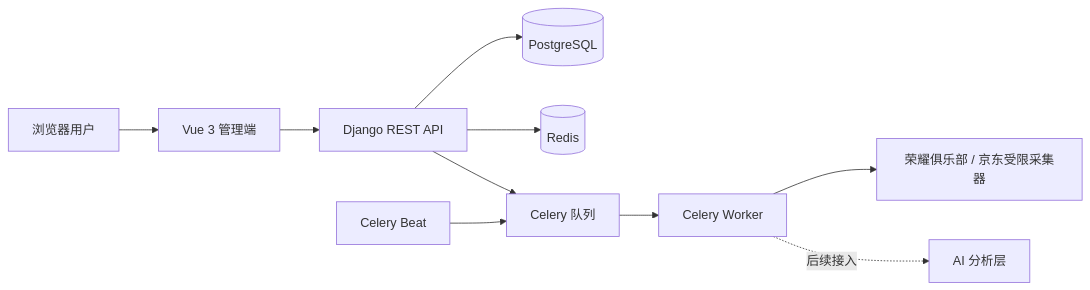
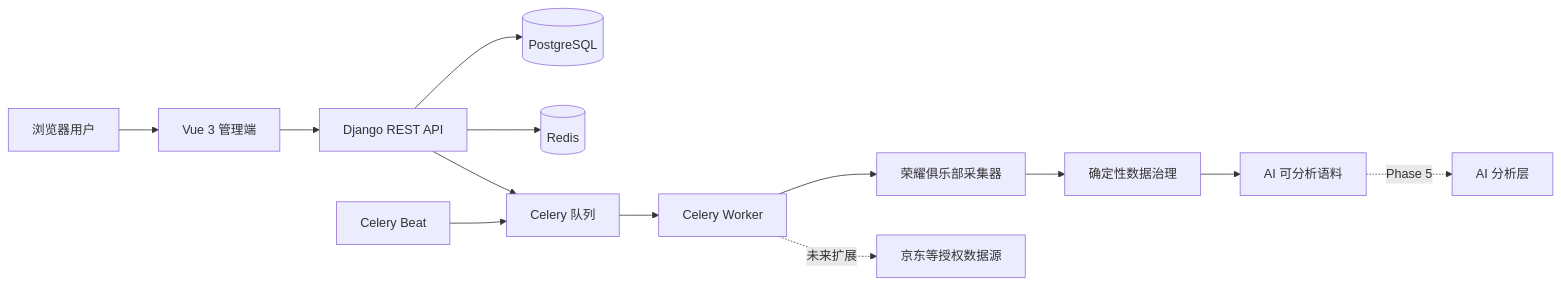
The diagram in README.md (yunfei00/phone-voice-insight), drawn with Mermaid before and after one commit. The commit also changed other lines of this file and 48 other files, not shown here.

````diff
--- a/README.md
+++ b/README.md
@@ -21,12 +21,15 @@
 ```mermaid
 flowchart LR
     U["浏览器用户"] --> F["Vue 3 管理端"]
     F --> A["Django REST API"]
     A --> P[("PostgreSQL")]
     A --> R[("Redis")]
     A --> Q["Celery 队列"]
     Q --> W["Celery Worker"]
     B["Celery Beat"] --> Q
-    W --> C["荣耀俱乐部 / 京东受限采集器"]
-    W -. "后续接入" .-> AI["AI 分析层"]
+    W --> C["荣耀俱乐部采集器"]
+    C --> G["确定性数据治理"]
+    G --> CORPUS["AI 可分析语料"]
+    W -. "未来扩展" .-> JD["京东等授权数据源"]
+    CORPUS -. "Phase 5" .-> AI["AI 分析层"]
 ```
````
